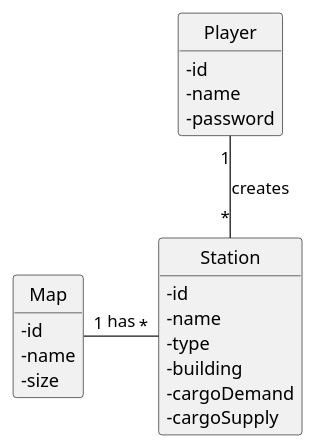
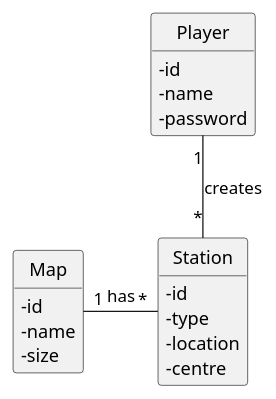
Before and after one commit to ivasduarte/all-aboard: the diagram in docs/sprint1/us005/02.analysis/puml/us005-domain-model.puml, drawn with PlantUML.

Commit message:
US005(docs): Updated Domain Model

```diff
--- a/docs/sprint1/us005/02.analysis/puml/us005-domain-model.puml
+++ b/docs/sprint1/us005/02.analysis/puml/us005-domain-model.puml
@@ -1,42 +1,40 @@
 @startuml
 skinparam monochrome true
 skinparam packageStyle rectangle
 skinparam shadowing false
 
 'left to right direction
 
 skinparam classAttributeIconSize 0
 
 hide circle
 hide methods
 
 'title Domain Model
 
 class Map {
     - id
     - name
     - size
 }
 
 class Station {
     - id
-    - name
     - type
-    - building
-    - cargoDemand
-    - cargoSupply
+    - location
+    - centre
 }
 
 class Player {
     - id
     - name
     - password
 }
 
 
 Map "1" - "*" Station : has
 Player "1" -- "*" Station : creates
 
 
 
 @enduml
```
